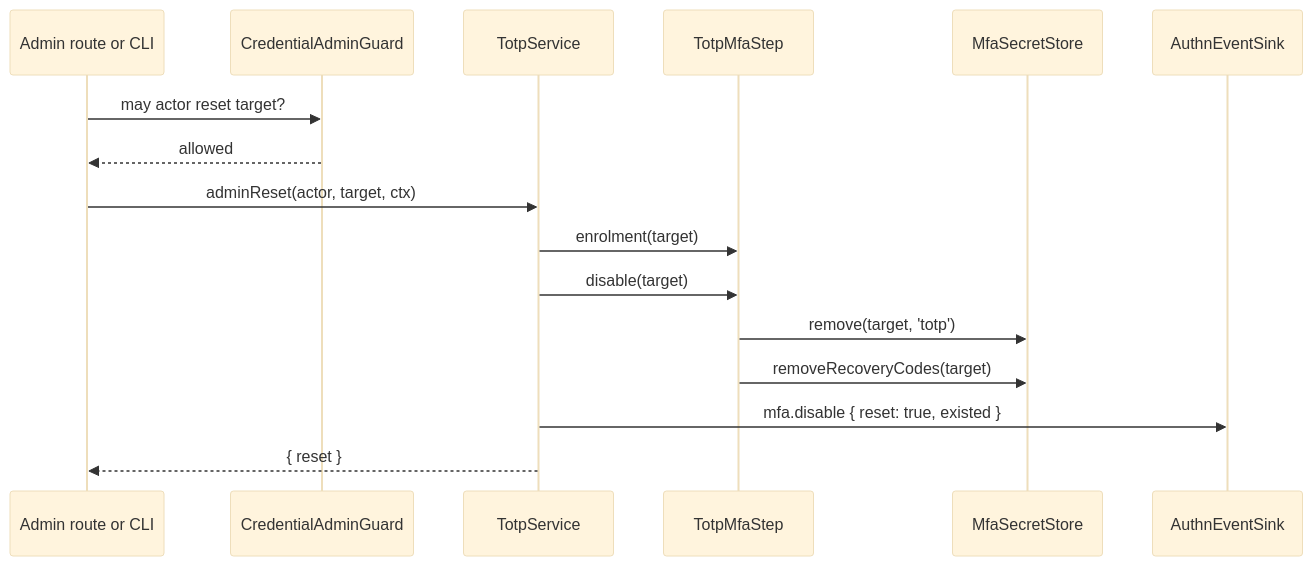
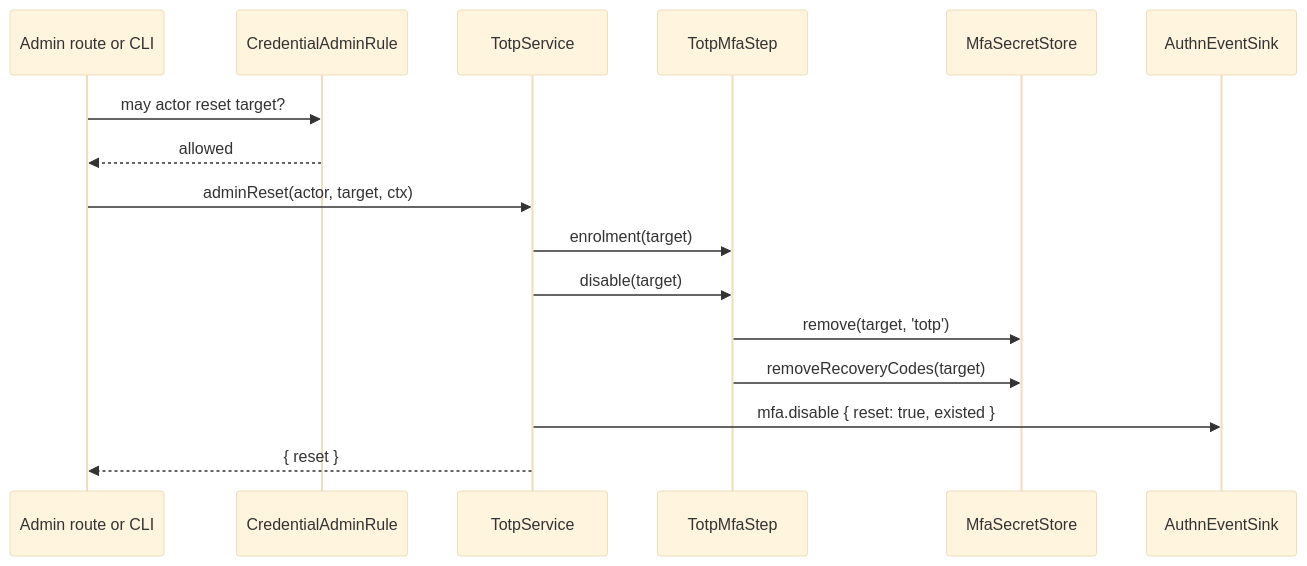
One commit to spinajs/main changed the diagram in docs/authn-totp/05-disable-and-reset.md. Above: the diagram before and after it, drawn with Mermaid (base theme). The commit also changed other lines of this file and 29 other files, not shown here.

First line of the commit message:
docs: the credential admin rule, the account disable hook, the registration mail hook and the token profile hook

````diff
--- a/docs/authn-totp/05-disable-and-reset.md
+++ b/docs/authn-totp/05-disable-and-reset.md
@@ -30,18 +30,18 @@
 ```mermaid
 sequenceDiagram
   participant A as Admin route or CLI
-  participant G as CredentialAdminGuard
+  participant G as CredentialAdminRule
   participant S as TotpService
   participant T as TotpMfaStep
   participant M as MfaSecretStore
   participant E as AuthnEventSink
   A->>G: may actor reset target?
   G-->>A: allowed
   A->>S: adminReset(actor, target, ctx)
   S->>T: enrolment(target)
   S->>T: disable(target)
   T->>M: remove(target, 'totp')
   T->>M: removeRecoveryCodes(target)
   S->>E: mfa.disable { reset: true, existed }
   S-->>A: { reset }
 ```
````
